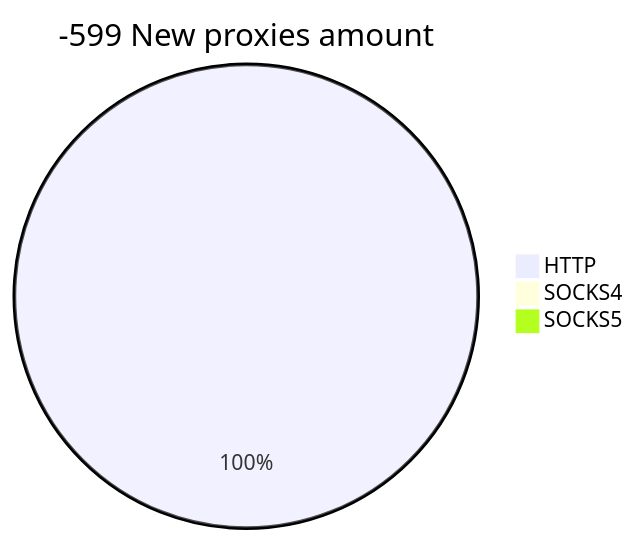
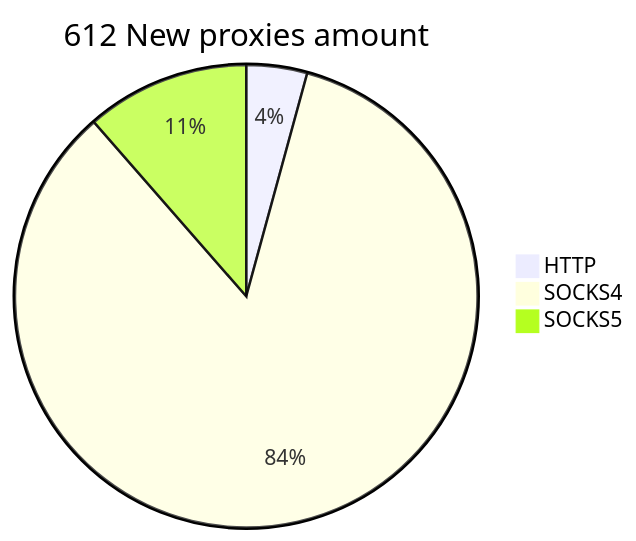
Before and after one commit to cutipu/proxylist: the second of 2 diagrams in README.md, drawn with Mermaid. The commit also changed other lines of this file, not shown here.

````diff
--- a/README.md
+++ b/README.md
@@ -10,6 +10,6 @@
 ```mermaid
-pie title -599 New proxies amount
-    "HTTP" : 109
-    "SOCKS4" : 0
-    "SOCKS5" : 0
+pie title 612 New proxies amount
+    "HTTP" : 26
+    "SOCKS4" : 516
+    "SOCKS5" : 70
 ```
````
